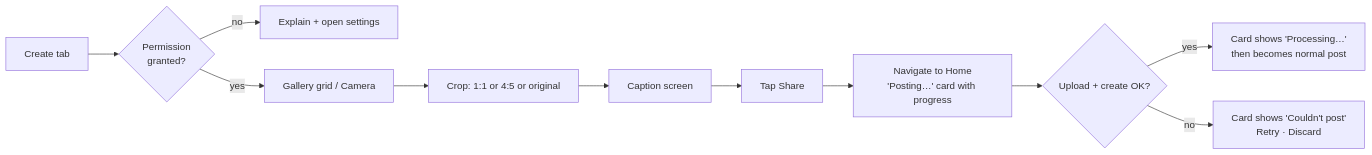
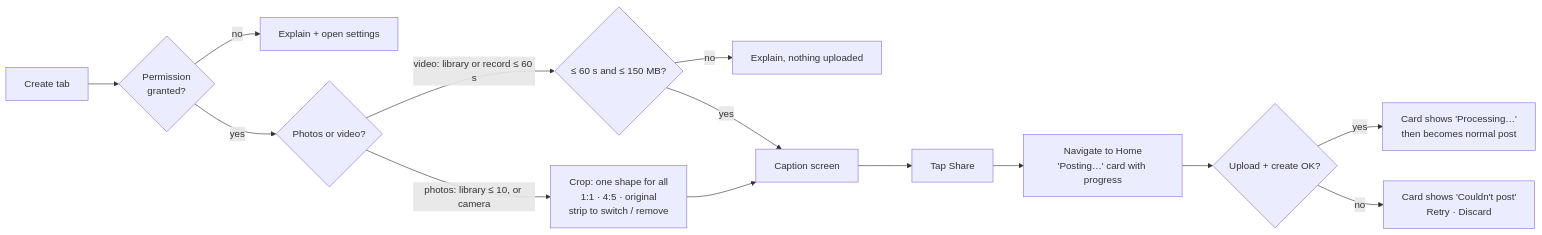
One commit to baraka-machumu/jamii-air changed the second of 3 diagrams in docs/03-app-flow-document.md. Above: the diagram before and after it, drawn with Mermaid. The commit also changed other lines of this file and 12 other files, not shown here.

````diff
--- a/docs/03-app-flow-document.md
+++ b/docs/03-app-flow-document.md
@@ -153,13 +173,16 @@
 ```mermaid
 flowchart LR
     A[Create tab] --> B{Permission<br/>granted?}
     B -- no --> B2[Explain + open settings]
-    B -- yes --> C[Gallery grid / Camera]
-    C --> D[Crop: 1:1 or 4:5 or original]
+    B -- yes --> C{Photos or video?}
+    C -- "photos: library ≤ 10, or camera" --> D[Crop: one shape for all<br/>1:1 · 4:5 · original<br/>strip to switch / remove]
+    C -- "video: library or record ≤ 60 s" --> V{≤ 60 s and ≤ 150 MB?}
+    V -- no --> V2[Explain, nothing uploaded]
+    V -- yes --> E
     D --> E[Caption screen]
     E --> F[Tap Share]
     F --> G[Navigate to Home<br/>'Posting…' card with progress]
     G --> H{Upload + create OK?}
     H -- yes --> I[Card shows 'Processing…'<br/>then becomes normal post]
     H -- no --> J[Card shows 'Couldn't post'<br/>Retry · Discard]
 ```
````
